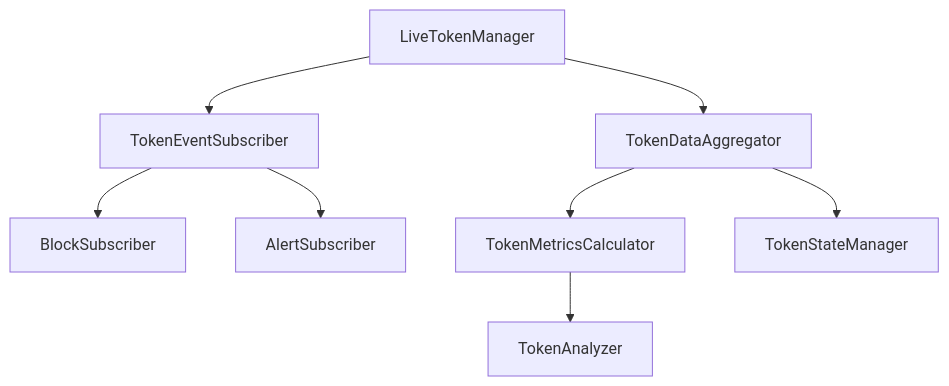
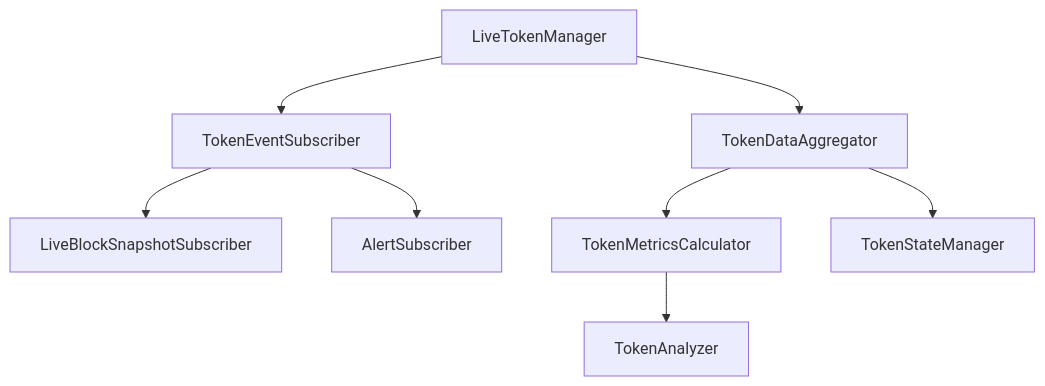
Before and after one commit to NimaMan/eth: the first of 4 diagrams in pyeth/eth_token/docs/the_tokens_live.md, drawn with Mermaid. The commit also changed other lines of this file and 15 other files, not shown here.

````diff
--- a/pyeth/eth_token/docs/the_tokens_live.md
+++ b/pyeth/eth_token/docs/the_tokens_live.md
@@ -7,10 +7,10 @@
 ```mermaid
 graph TD
     A[LiveTokenManager] --> B[TokenEventSubscriber]
     A[LiveTokenManager] --> C[TokenDataAggregator]
-    B --> D[BlockSubscriber]
+    B --> D[LiveBlockSnapshotSubscriber]
     B --> E[AlertSubscriber]
     C --> F[TokenMetricsCalculator]
     C --> G[TokenStateManager]
     F --> H[TokenAnalyzer]
 ```
````
